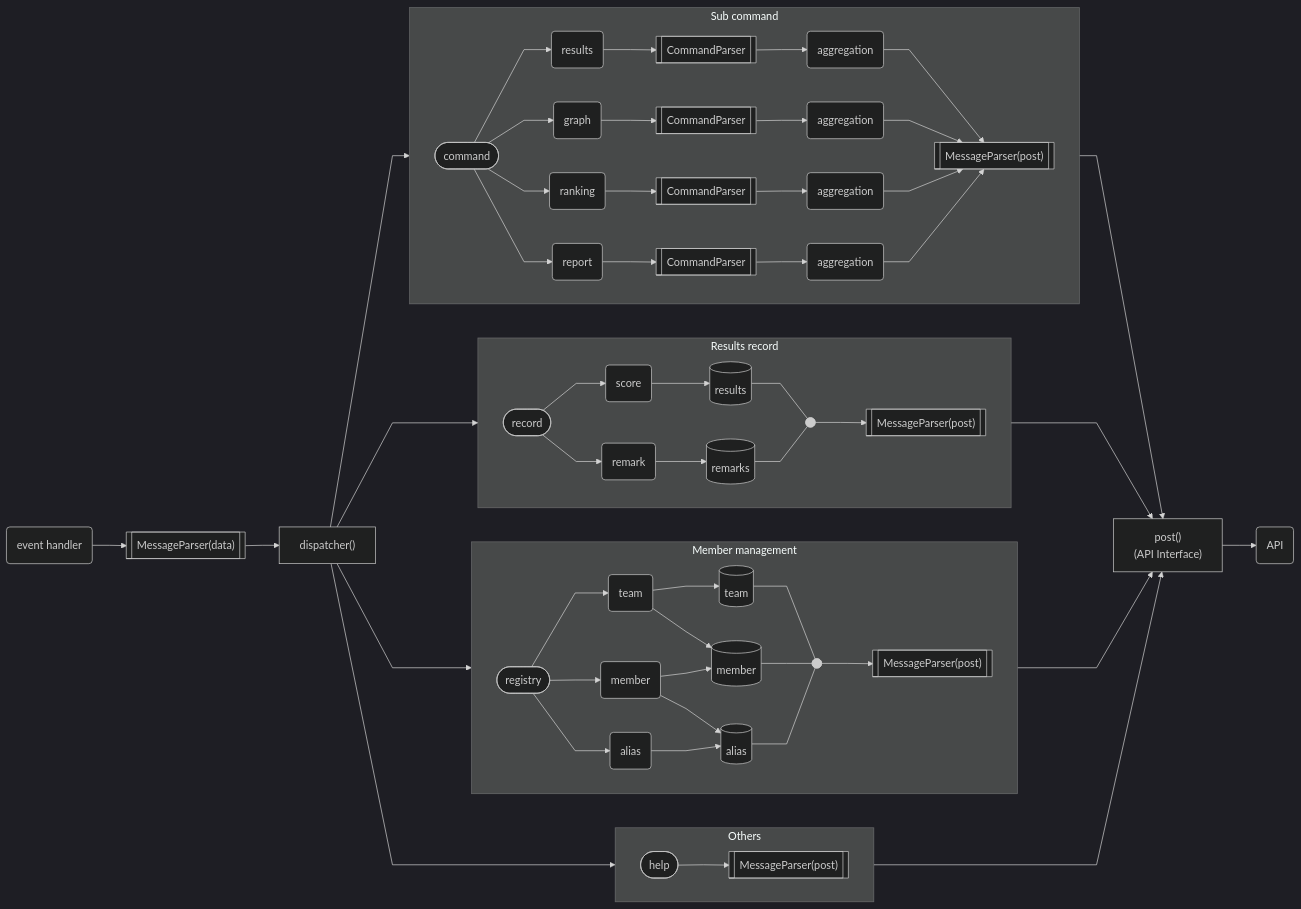
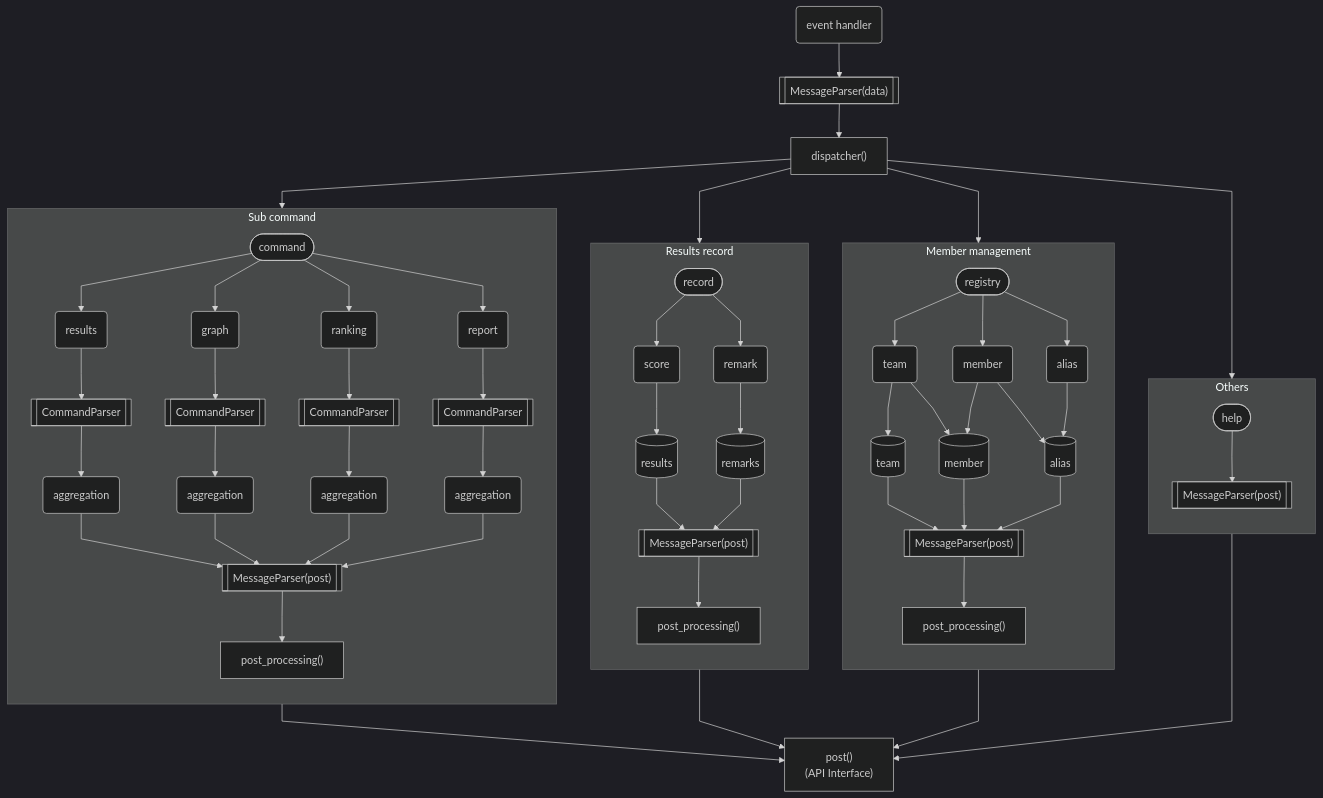
Before and after one commit to togakushi/slack-mahjong-score-management: the diagram in docs/development/architecture.md, drawn with Mermaid (dark theme).

Commit message:
ドキュメント更新

````diff
--- a/docs/development/architecture.md
+++ b/docs/development/architecture.md
@@ -2,49 +2,46 @@
 ```mermaid
 ---
 config:
   flowchart:
     curve: linear
 ---
-flowchart LR
+flowchart TB
     event(event handler);
-    a(API);
     m1[["MessageParser(data)"]];
 
     event --> m1 --> d["dispatcher()"] --> f1 & f2 & f3 & f4;
 
     subgraph f1[Sub command]
-        direction LR
+        direction TB
         c([command]) --> sc1 & sc2 & sc3 & sc4;
         sc1(results) --> cp1[[CommandParser]] --> p1(aggregation);
         sc2(graph) --> cp2[[CommandParser]] --> p2(aggregation);
         sc3(ranking) --> cp3[[CommandParser]] --> p3(aggregation);
         sc4(report) --> cp4[[CommandParser]] --> p4(aggregation);
-        p1 & p2 & p3 & p4 --> mp1[["MessageParser(post)"]];
+        p1 & p2 & p3 & p4 --> mp1[["MessageParser(post)"]] --> pp1["post_processing()"];
     end
 
     subgraph f2[Results record]
-        direction LR
+        direction TB
         r2([record]);
-        r2 --> a1(score) --> results[(results)] --- j2;
-        r2 --> a2(remark) --> remarks[(remarks)] --- j2;
-        j2@{shape: f-circ};
-        j2 --> mp2[["MessageParser(post)"]];
+        r2 --> a1(score) --> results[(results)];
+        r2 --> a2(remark) --> remarks[(remarks)];
+        results & remarks --> mp2[["MessageParser(post)"]] --> pp2["post_processing()"];
     end
 
     subgraph f3[Member management]
-        direction LR
+        direction TB
         r1([registry]);
         r1 --> a4(team) --> db2[(team)] & db1;
         r1 --> a3(member) --> db1[(member)] & db3[(alias)];
         r1 --> a5(alias) --> db3;
-        db1 & db2 & db3 --- j1@{shape: f-circ};
-        j1 --> mp3[["MessageParser(post)"]];
+        db1 & db2 & db3  --> mp3[["MessageParser(post)"]] --> pp3["post_processing()"];
     end
 
     subgraph f4[Others]
-        direction LR
+        direction TB
         h([help]) --> mp4[["MessageParser(post)"]];
     end
 
-    f1 & f2 & f3 & f4 --> post["post()<br>(API Interface)"] --> a;
+    f1 & f2 & f3 & f4 --> post["post()<br>(API Interface)"];
 ```
````
